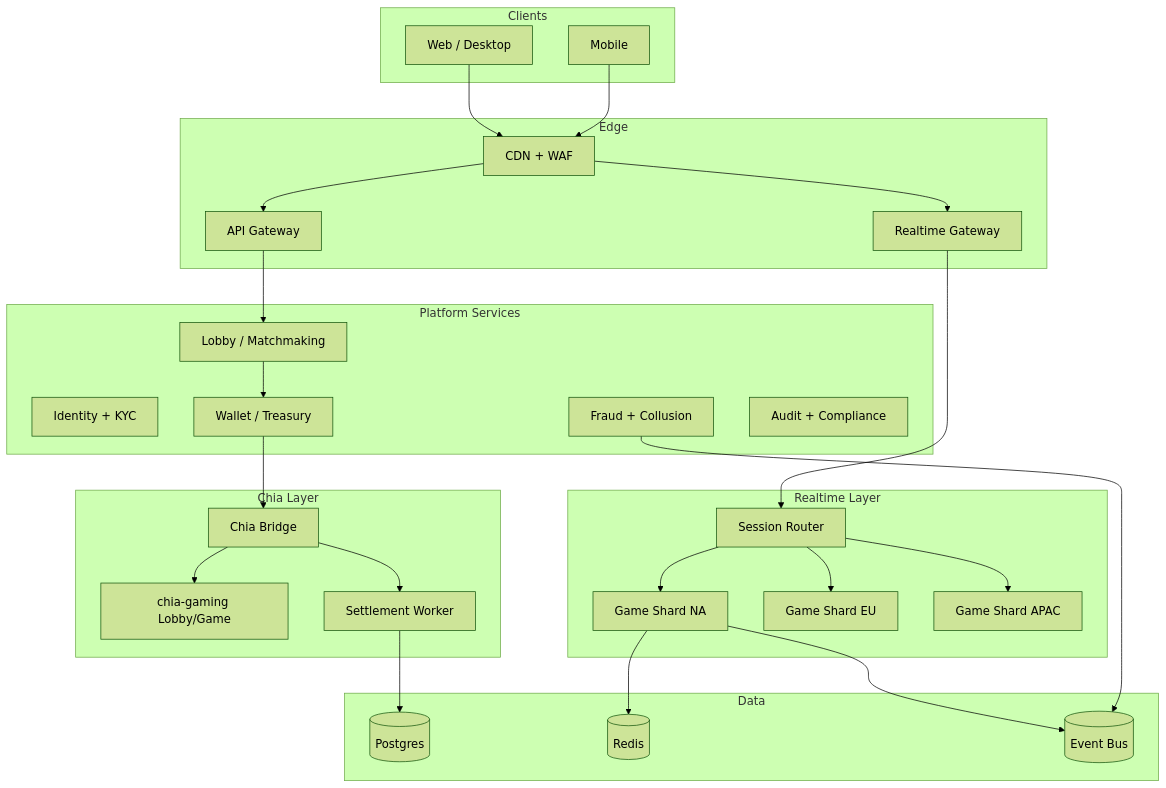
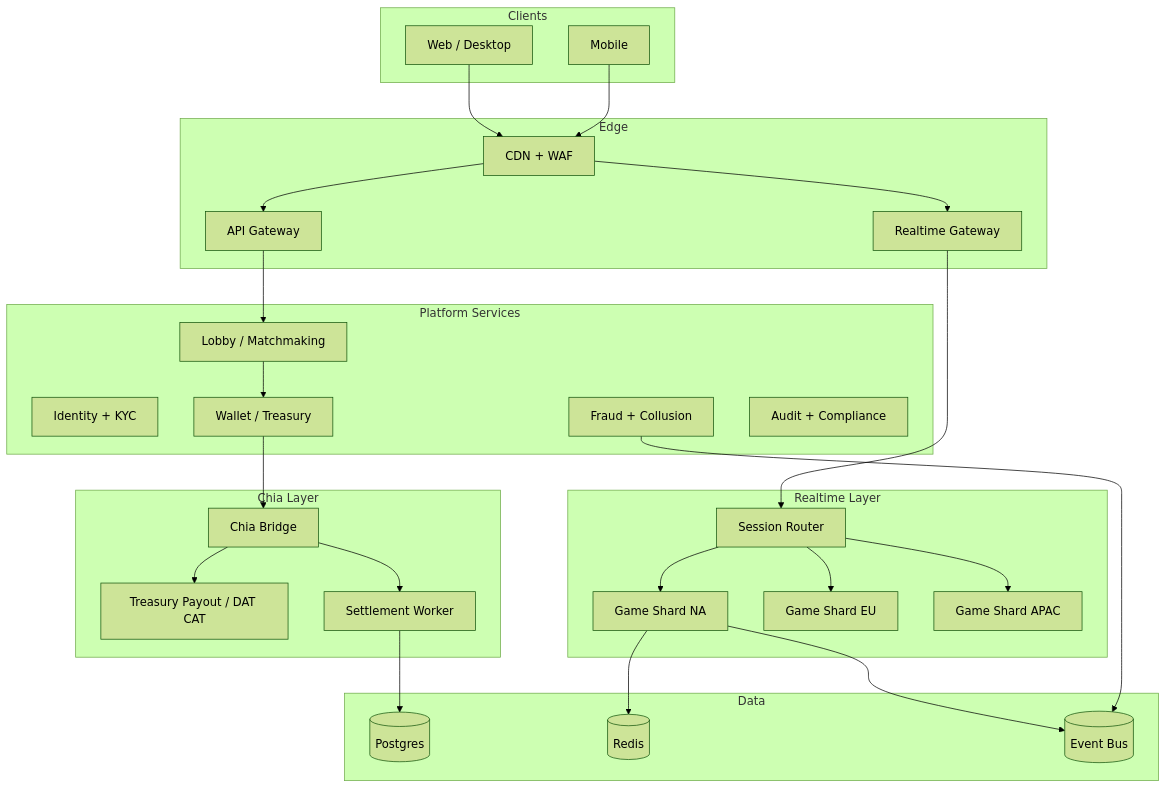
Before and after one commit to Drewski241/dat-poker: the diagram in docs/ARCHITECTURE.md, drawn with Mermaid (forest theme). The commit also changed other lines of this file and 12 other files, not shown here.

First line of the commit message:
docs: remove incorrect chia-gaming state channel claims

````diff
--- a/docs/ARCHITECTURE.md
+++ b/docs/ARCHITECTURE.md
@@ -12,58 +12,58 @@
 ```mermaid
 flowchart TB
   subgraph clients [Clients]
     Web[Web / Desktop]
     Mobile[Mobile]
   end
 
   subgraph edge [Edge]
     CDN[CDN + WAF]
     GW[Realtime Gateway]
     API[API Gateway]
   end
 
   subgraph realtime [Realtime Layer]
     Router[Session Router]
     Shard1[Game Shard NA]
     Shard2[Game Shard EU]
     Shard3[Game Shard APAC]
   end
 
   subgraph platform [Platform Services]
     Lobby[Lobby / Matchmaking]
     Identity[Identity + KYC]
     Wallet[Wallet / Treasury]
     Fraud[Fraud + Collusion]
     Audit[Audit + Compliance]
   end
 
   subgraph chia [Chia Layer]
     Bridge[Chia Bridge]
-    Gaming[chia-gaming Lobby/Game]
+    Treasury[Treasury Payout / DAT CAT]
     Settlement[Settlement Worker]
   end
 
   subgraph data [Data]
     PG[(Postgres)]
     Redis[(Redis)]
     Kafka[(Event Bus)]
   end
 
   Web --> CDN
   Mobile --> CDN
   CDN --> GW
   CDN --> API
   GW --> Router
   API --> Lobby
   Router --> Shard1
   Router --> Shard2
   Router --> Shard3
   Shard1 --> Kafka
   Lobby --> Wallet
   Wallet --> Bridge
-  Bridge --> Gaming
+  Bridge --> Treasury
   Bridge --> Settlement
   Settlement --> PG
   Shard1 --> Redis
   Fraud --> Kafka
 ```
````
